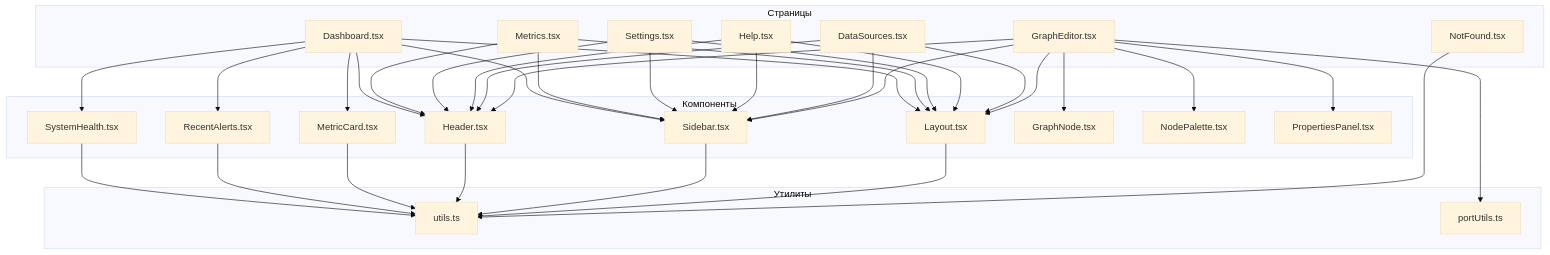
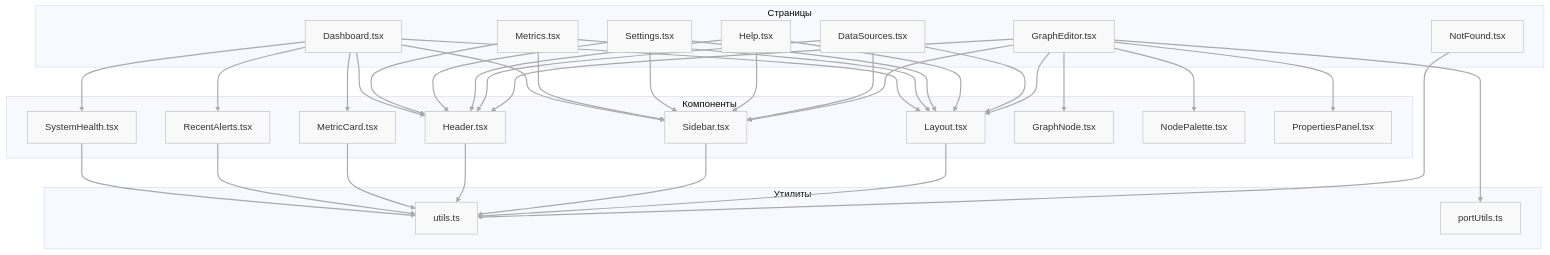
Before and after one commit to devlifeee/krok-mvp: the second of 2 diagrams in README.md, drawn with Mermaid (base theme). The commit also changed other lines of this file, not shown here.

````diff
--- a/README.md
+++ b/README.md
@@ -41,59 +116,66 @@
 ```mermaid
-flowchart TD
+flowchart TB
+  %% Вытянуто вниз, увеличены вертикальные отступы
   subgraph Страницы
     Dashboard["Dashboard.tsx"]
     Metrics["Metrics.tsx"]
     Settings["Settings.tsx"]
     Help["Help.tsx"]
     DataSources["DataSources.tsx"]
     GraphEditor["GraphEditor.tsx"]
     NotFound["NotFound.tsx"]
   end
   subgraph Компоненты
     Header["Header.tsx"]
     Sidebar["Sidebar.tsx"]
     Layout["Layout.tsx"]
     SystemHealth["SystemHealth.tsx"]
     RecentAlerts["RecentAlerts.tsx"]
     MetricCard["MetricCard.tsx"]
     GraphNode["GraphNode.tsx"]
     NodePalette["NodePalette.tsx"]
     PropertiesPanel["PropertiesPanel.tsx"]
   end
   subgraph Утилиты
     utils["utils.ts"]
     portUtils["portUtils.ts"]
   end
   Dashboard --> SystemHealth
   Dashboard --> RecentAlerts
   Dashboard --> MetricCard
   Dashboard --> Header
   Dashboard --> Sidebar
   Dashboard --> Layout
   Metrics --> Header
   Metrics --> Sidebar
   Metrics --> Layout
   Settings --> Header
   Settings --> Sidebar
   Settings --> Layout
   Help --> Header
   Help --> Sidebar
   Help --> Layout
   DataSources --> Header
   DataSources --> Sidebar
   DataSources --> Layout
   GraphEditor --> GraphNode
   GraphEditor --> NodePalette
   GraphEditor --> PropertiesPanel
   GraphEditor --> portUtils
   GraphEditor --> Header
   GraphEditor --> Sidebar
   GraphEditor --> Layout
   SystemHealth --> utils
   RecentAlerts --> utils
   MetricCard --> utils
   Header --> utils
   Sidebar --> utils
   Layout --> utils
   NotFound --> utils
+  %% Увеличиваем вертикальные отступы
+  linkStyle default stroke-width:2px,stroke:#aaa
+  classDef block fill:#f9f9f9,stroke:#bbb,stroke-width:1px;
+  class Dashboard,Metrics,Settings,Help,DataSources,GraphEditor,NotFound block;
+  class Header,Sidebar,Layout,SystemHealth,RecentAlerts,MetricCard,GraphNode,NodePalette,PropertiesPanel block;
+  class utils,portUtils block;
 ```
````
